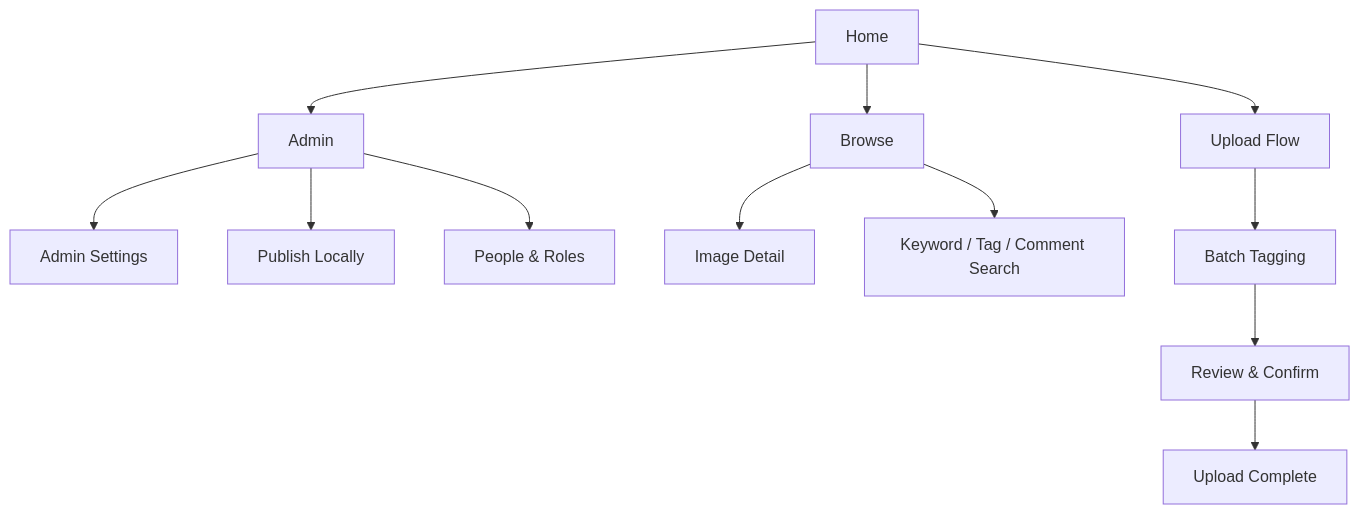
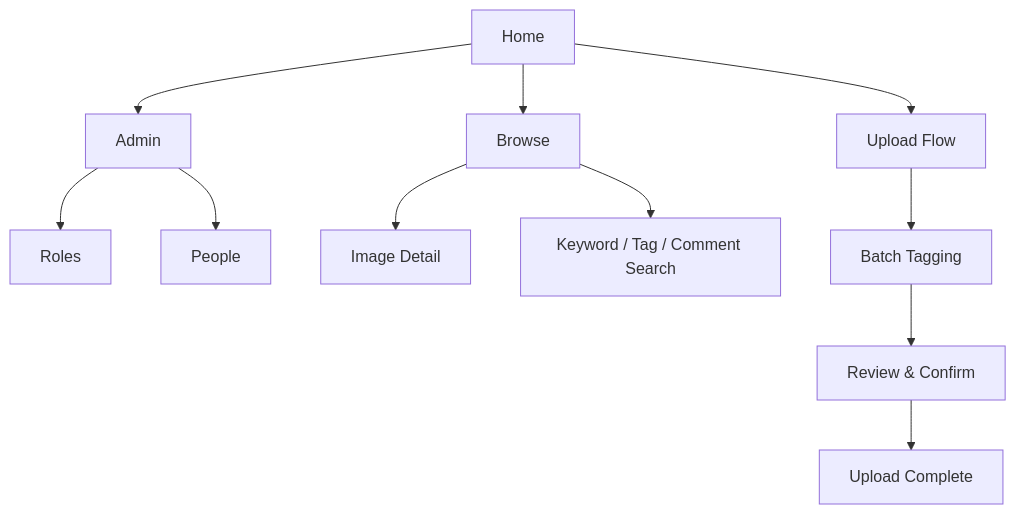
One commit to leahgarrett/image-management-system changed the first of 6 diagrams in docs/ui-flow.md. Above: the diagram before and after it, drawn with Mermaid. The commit also changed other lines of this file and 1 other file, not shown here.

````diff
--- a/docs/ui-flow.md
+++ b/docs/ui-flow.md
@@ -12,16 +25,15 @@
 ```mermaid
 flowchart TD
     Home[Home] --> Browse
     Home --> Admin
     Home --> Upload[Upload Flow]
-    Admin --> Settings[Admin Settings<br/>]
-    Admin --> Publish[Publish Locally<br/>]
-    Admin --> People[People & Roles<br/>]
+    Admin --> Roles[Roles<br/>]
+    Admin --> People[People<br/>]
 
     Browse --> Detail[Image Detail]
     Browse --> SearchBar[Keyword / Tag / Comment Search]
 
     Upload --> BatchTag[Batch Tagging]
     BatchTag --> ReviewUpload[Review & Confirm]
     ReviewUpload --> DoneUpload[Upload Complete]
 ```
````
